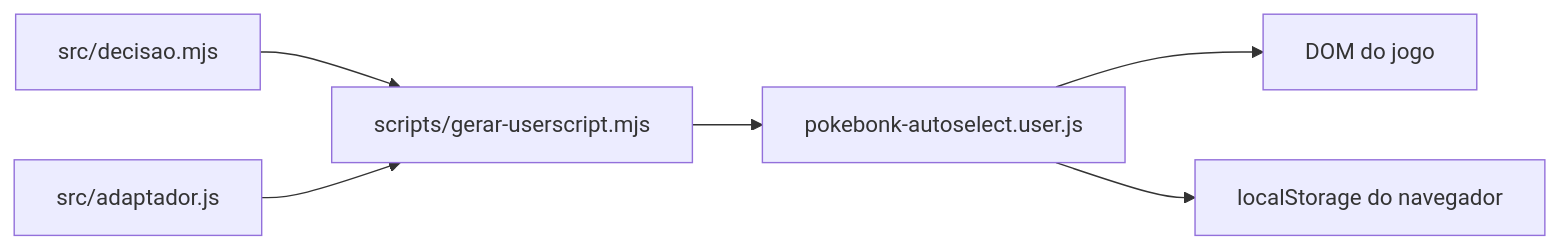
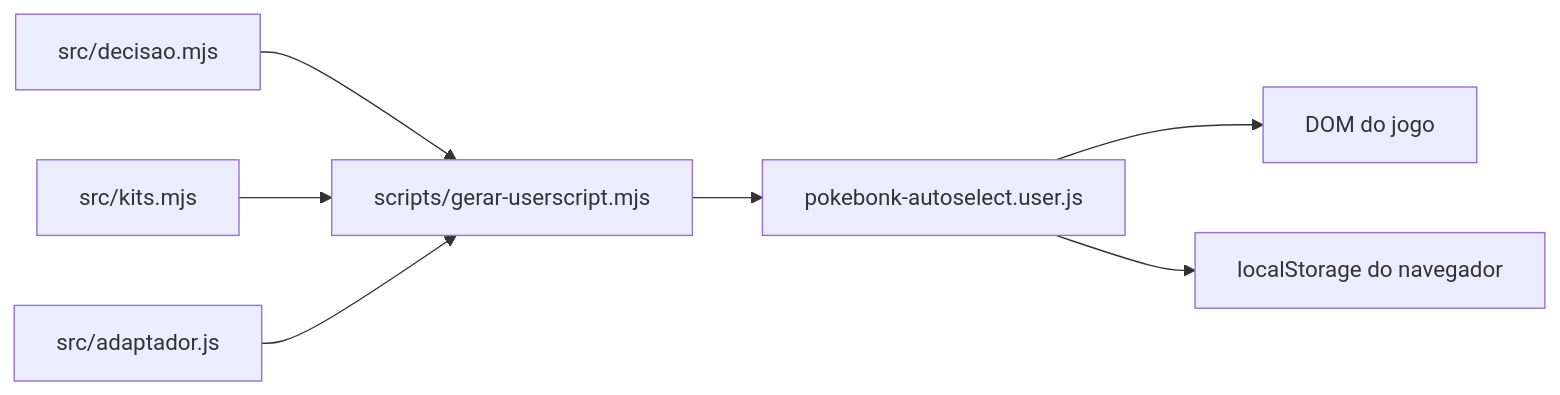
Before and after one commit to guilhermehpmoraes/pokebonk-auto: the diagram in docs/architecture.md, drawn with Mermaid. The commit also changed other lines of this file and 15 other files, not shown here.

````diff
--- a/docs/architecture.md
+++ b/docs/architecture.md
@@ -3,8 +3,9 @@
 ```mermaid
 flowchart LR
   S[src/decisao.mjs] --> G[scripts/gerar-userscript.mjs]
+  K[src/kits.mjs] --> G
   A[src/adaptador.js] --> G
   G --> U[pokebonk-autoselect.user.js]
   U --> D[DOM do jogo]
   U --> L[localStorage do navegador]
 ```
````
